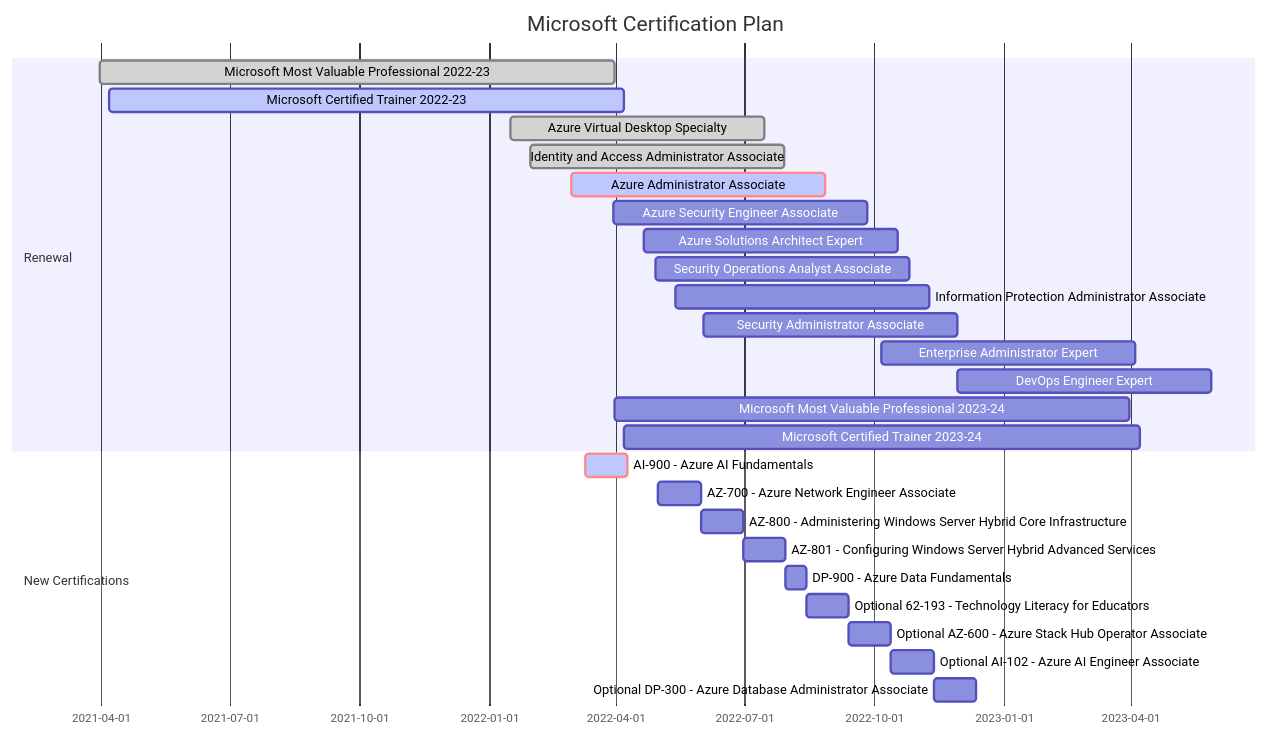
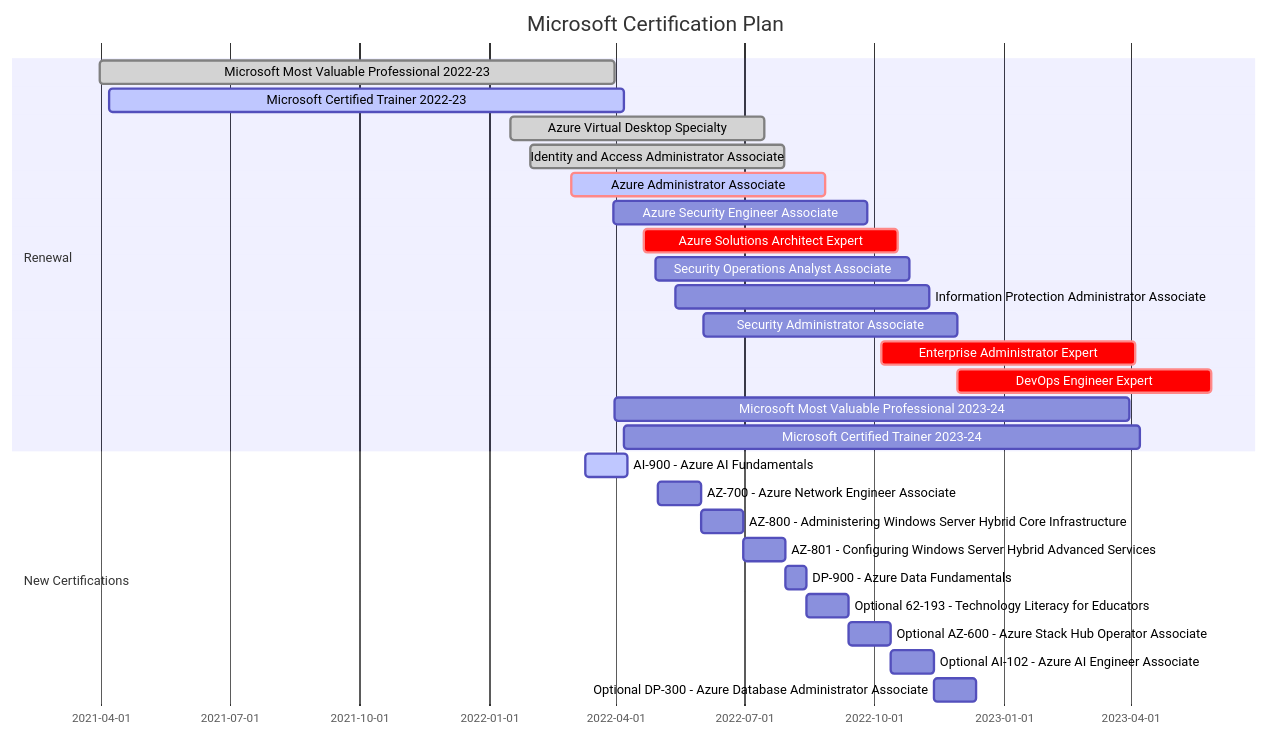
The diagram in README.md (vukasinterzic/vukasinterzic), drawn with Mermaid before and after one commit.

Commit message:
chart update

````diff
--- a/README.md
+++ b/README.md
@@ -38,31 +38,31 @@
 ```mermaid
     gantt
     title Microsoft Certification Plan
     dateFormat  YYYY-MM-DD
     section Renewal
     Microsoft Most Valuable Professional 2022-23    :done, 2021-03-31, 365d
     Microsoft Certified Trainer 2022-23             :active, 2021-04-07, 365d
     Azure Virtual Desktop Specialty                 :done, 2022-01-16, 180d
     Identity and Access Administrator Associate     :done, 2022-01-30, 180d
     Azure Administrator Associate                   :crit, active, a2, 2022-02-28, 180d
     Azure Security Engineer Associate               :a3, 2022-03-30, 180d
-    Azure Solutions Architect Expert                :a4, 2022-04-21, 180d
+    Azure Solutions Architect Expert                :crit, a4, 2022-04-21, 180d
     Security Operations Analyst Associate           :a5, 2022-04-29, 180d
     Information Protection Administrator Associate  :a6, 2022-05-13, 180d
     Security Administrator Associate                :a7, 2022-06-02, 180d
-    Enterprise Administrator Expert                 :a8, 2022-10-06, 180d
-    DevOps Engineer Expert                          :a9, 2022-11-29, 180d
+    Enterprise Administrator Expert                 :crit, a8, 2022-10-06, 180d
+    DevOps Engineer Expert                          :crit, a9, 2022-11-29, 180d
     Microsoft Most Valuable Professional 2023-24    :a10, 2022-03-31, 365d
     Microsoft Certified Trainer 2023-24             :a11, 2022-04-07, 365d
 
     section New Certifications
-    AI-900 - Azure AI Fundamentals                                      :crit, active, 2022-03-10, 30d
+    AI-900 - Azure AI Fundamentals                                      :active, 2022-03-10, 30d
     AZ-700 - Azure Network Engineer Associate                           :a12, 2022-05-01, 30d
     AZ-800 - Administering Windows Server Hybrid Core Infrastructure    :a13, after a12, 30d
     AZ-801 - Configuring Windows Server Hybrid Advanced Services        :a14, after a13, 30d
     DP-900 - Azure Data Fundamentals                                    :a15, after a14, 15d
     Optional 62-193 - Technology Literacy for Educators                 :a16, after a15, 30d
     Optional AZ-600 - Azure Stack Hub Operator Associate                :a17, after a16, 30d
     Optional AI-102 - Azure AI Engineer Associate                       :a18, after a17, 30d
     Optional DP-300 - Azure Database Administrator Associate            :a19, after a18, 30d
 ```
````
